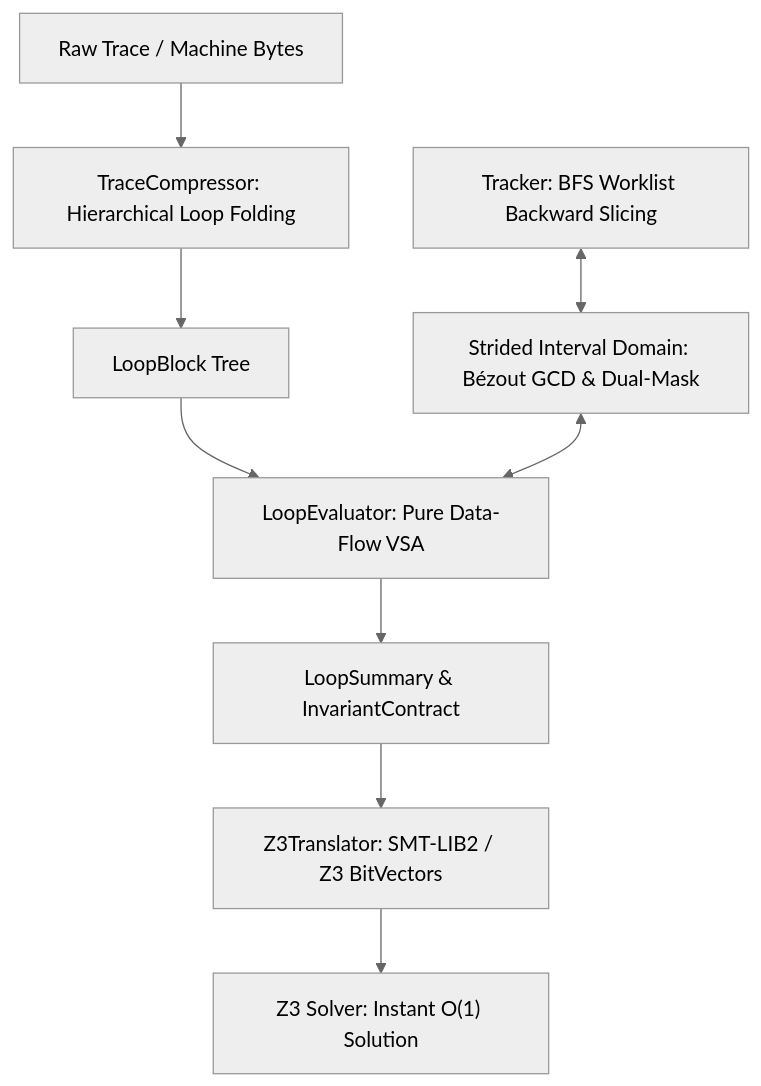
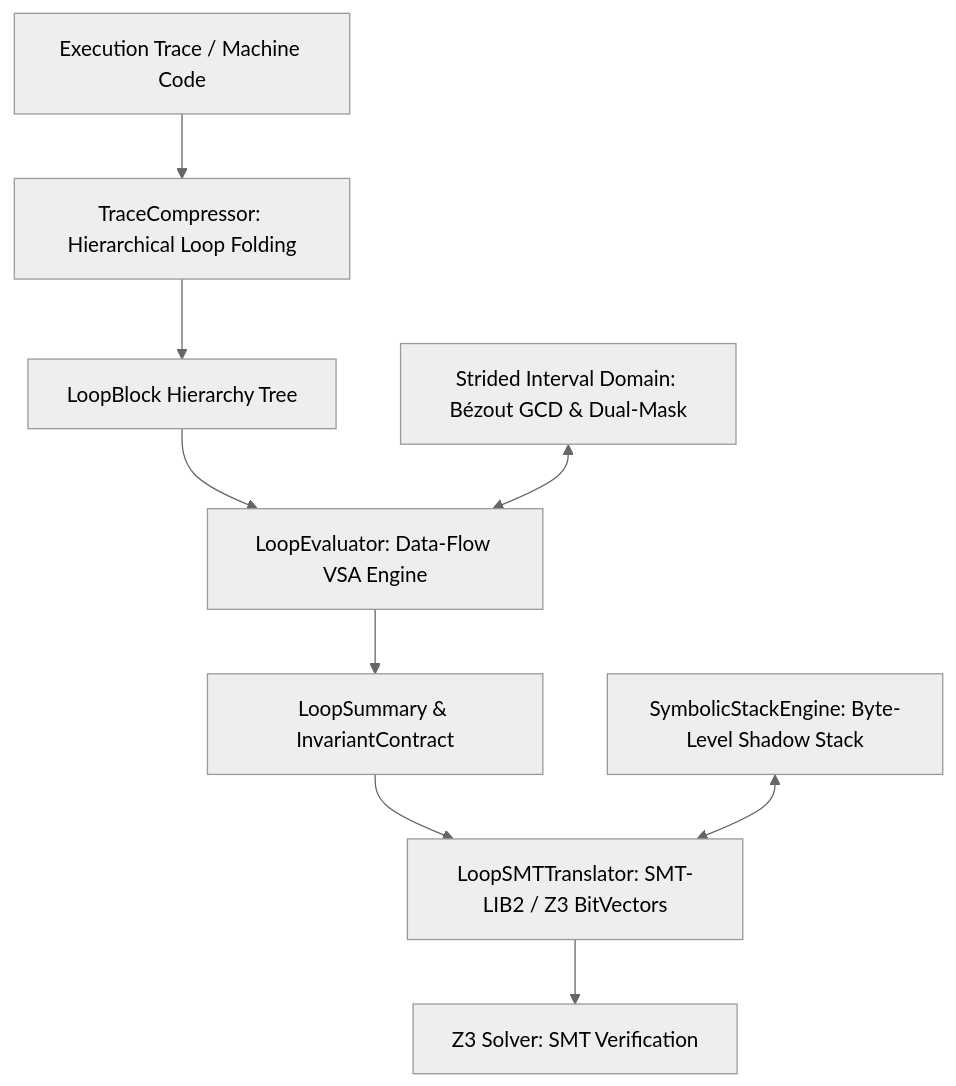
Before and after one commit to asama7706r-ui/strilight: the diagram in README.md, drawn with Mermaid (neutral theme). The commit also changed other lines of this file, not shown here.

Commit message:
docs: refine README with realistic, academically rigorous benchmark data and sober tone

````diff
--- a/README.md
+++ b/README.md
@@ -54,11 +53,11 @@
 ```mermaid
 graph TD
-    TRACE["Raw Trace / Machine Bytes"] --> COMP["TraceCompressor: Hierarchical Loop Folding"]
-    COMP --> LBLOCK["LoopBlock Tree"]
-    LBLOCK --> VSA["LoopEvaluator: Pure Data-Flow VSA"]
+    TRACE["Execution Trace / Machine Code"] --> COMP["TraceCompressor: Hierarchical Loop Folding"]
+    COMP --> LBLOCK["LoopBlock Hierarchy Tree"]
+    LBLOCK --> VSA["LoopEvaluator: Data-Flow VSA Engine"]
     VSA --> SUMMARY["LoopSummary & InvariantContract"]
-    SUMMARY --> TRANS["Z3Translator: SMT-LIB2 / Z3 BitVectors"]
+    SUMMARY --> TRANS["LoopSMTTranslator: SMT-LIB2 / Z3 BitVectors"]
+    STACK["SymbolicStackEngine: Byte-Level Shadow Stack"] <--> TRANS
     INT["Strided Interval Domain: Bézout GCD & Dual-Mask"] <--> VSA
-    TRK["Tracker: BFS Worklist Backward Slicing"] <--> INT
-    TRANS --> SOLVER["Z3 Solver: Instant O(1) Solution"]
+    TRANS --> SOLVER["Z3 Solver: SMT Verification"]
 ```
````
